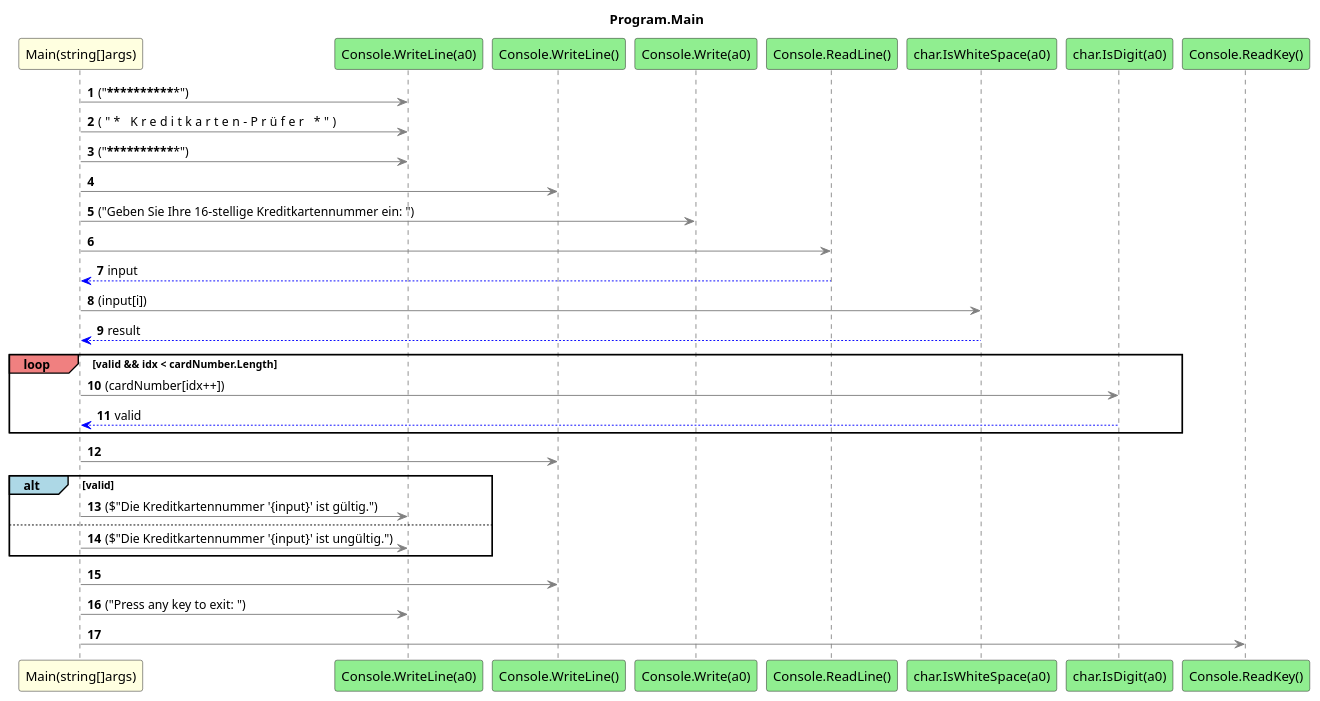
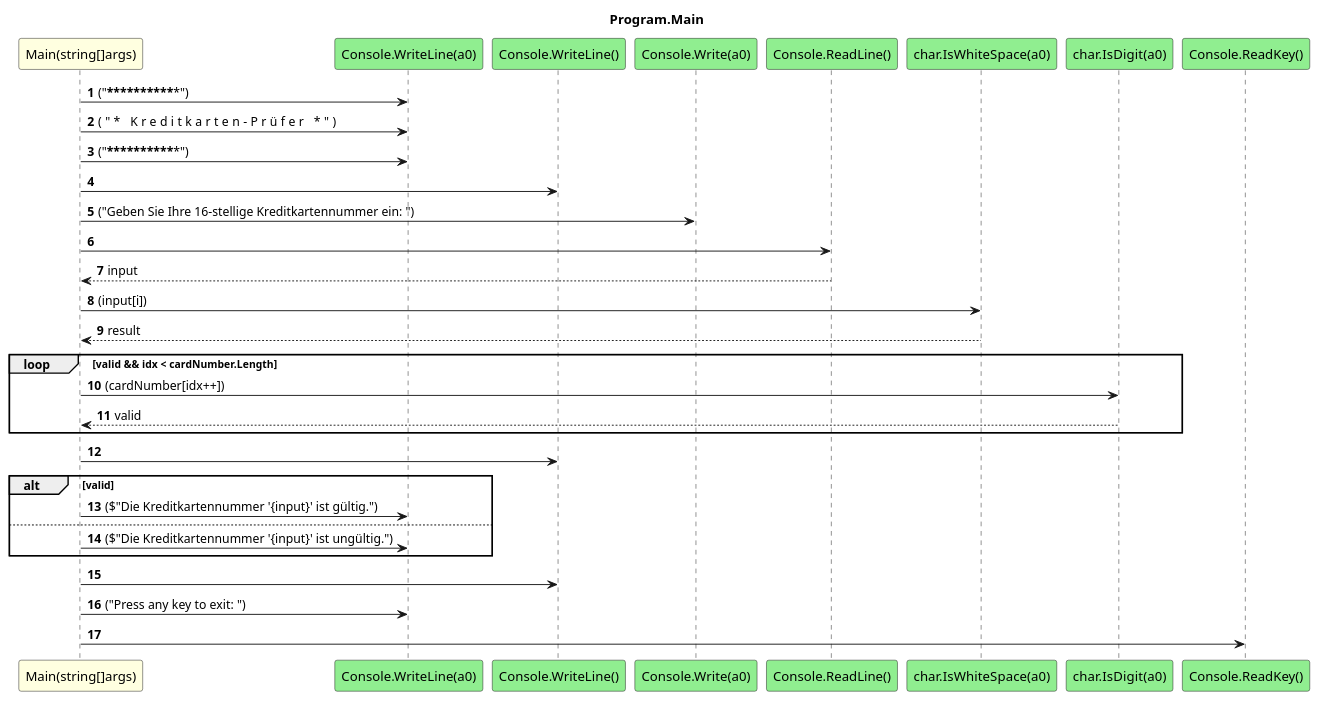
Before and after one commit to leoggehrer/2324-34_ABIF_ACIF_POSE: the diagram in CreditCardChecker.ConApp/diagrams/sq_Program_Main.puml, drawn with PlantUML. The commit also changed 479 other files, not shown here.

Commit message:
Updated diagrams.

```diff
--- a/CreditCardChecker.ConApp/diagrams/sq_Program_Main.puml
+++ b/CreditCardChecker.ConApp/diagrams/sq_Program_Main.puml
@@ -1,34 +1,34 @@
 @startuml Program.Main
 title Program.Main
 participant "Main(string[]args)" as Main_p0 #LightYellow
 participant "Console.WriteLine(a0)" as Console_WriteLine_a0 #LightGreen
 participant "Console.WriteLine()" as Console_WriteLine #LightGreen
 participant "Console.Write(a0)" as Console_Write_a0 #LightGreen
 participant "Console.ReadLine()" as Console_ReadLine #LightGreen
 participant "char.IsWhiteSpace(a0)" as char_IsWhiteSpace_a0 #LightGreen
 participant "char.IsDigit(a0)" as char_IsDigit_a0 #LightGreen
 participant "Console.ReadKey()" as Console_ReadKey #LightGreen
 autonumber
-Main_p0 -[#grey]> Console_WriteLine_a0 : ("***************************************************")
-Main_p0 -[#grey]> Console_WriteLine_a0 : ("* Kreditkarten-Prüfer                             *")
-Main_p0 -[#grey]> Console_WriteLine_a0 : ("***************************************************")
-Main_p0 -[#grey]> Console_WriteLine
-Main_p0 -[#grey]> Console_Write_a0 : ("Geben Sie Ihre 16-stellige Kreditkartennummer ein: ")
-Main_p0 -[#grey]> Console_ReadLine
-Console_ReadLine -[#blue]-> Main_p0 : input
-Main_p0 -[#grey]> char_IsWhiteSpace_a0 : (input[i])
-char_IsWhiteSpace_a0 -[#blue]-> Main_p0 : result
-loop#LightCoral valid && idx < cardNumber.Length
-    Main_p0 -[#grey]> char_IsDigit_a0 : (cardNumber[idx++])
-    char_IsDigit_a0 -[#blue]-> Main_p0 : valid
+Main_p0 -> Console_WriteLine_a0 : ("***************************************************")
+Main_p0 -> Console_WriteLine_a0 : ("* Kreditkarten-Prüfer                             *")
+Main_p0 -> Console_WriteLine_a0 : ("***************************************************")
+Main_p0 -> Console_WriteLine
+Main_p0 -> Console_Write_a0 : ("Geben Sie Ihre 16-stellige Kreditkartennummer ein: ")
+Main_p0 -> Console_ReadLine
+Console_ReadLine --> Main_p0 : input
+Main_p0 -> char_IsWhiteSpace_a0 : (input[i])
+char_IsWhiteSpace_a0 --> Main_p0 : result
+loop valid && idx < cardNumber.Length
+    Main_p0 -> char_IsDigit_a0 : (cardNumber[idx++])
+    char_IsDigit_a0 --> Main_p0 : valid
 end
-Main_p0 -[#grey]> Console_WriteLine
-alt#LightBlue valid
-    Main_p0 -[#grey]> Console_WriteLine_a0 : ($"Die Kreditkartennummer '{input}' ist gültig.")
+Main_p0 -> Console_WriteLine
+alt valid
+    Main_p0 -> Console_WriteLine_a0 : ($"Die Kreditkartennummer '{input}' ist gültig.")
     else
-        Main_p0 -[#grey]> Console_WriteLine_a0 : ($"Die Kreditkartennummer '{input}' ist ungültig.")
+        Main_p0 -> Console_WriteLine_a0 : ($"Die Kreditkartennummer '{input}' ist ungültig.")
 end
-Main_p0 -[#grey]> Console_WriteLine
-Main_p0 -[#grey]> Console_WriteLine_a0 : ("Press any key to exit: ")
-Main_p0 -[#grey]> Console_ReadKey
+Main_p0 -> Console_WriteLine
+Main_p0 -> Console_WriteLine_a0 : ("Press any key to exit: ")
+Main_p0 -> Console_ReadKey
 @enduml
```
